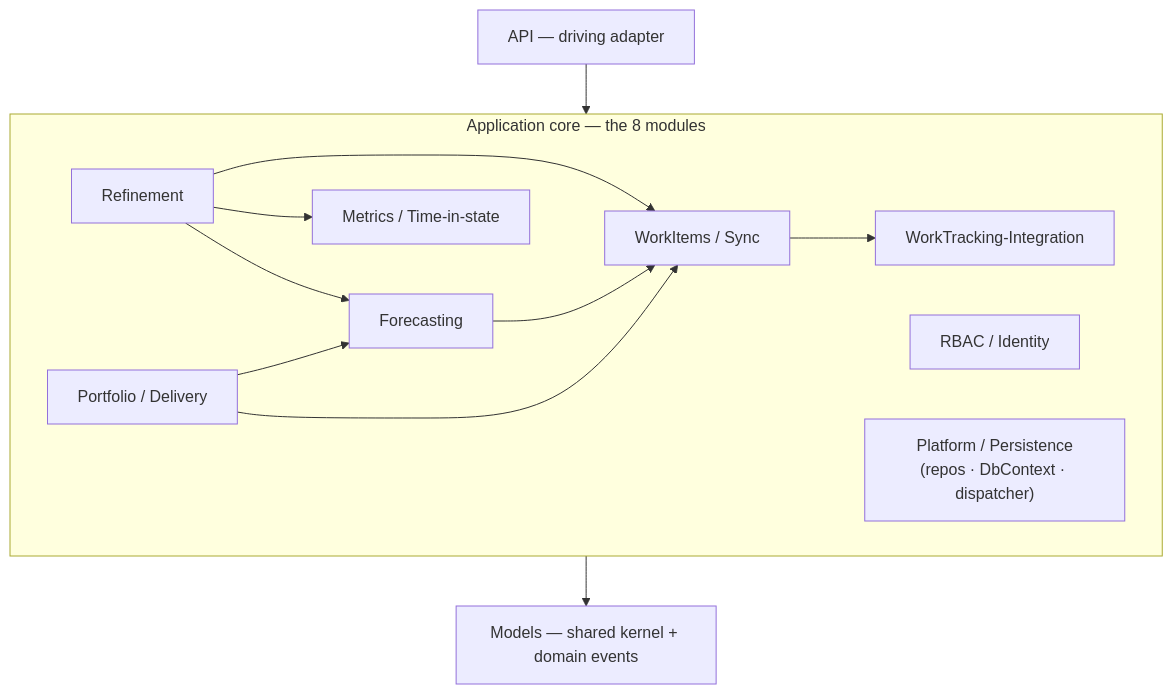
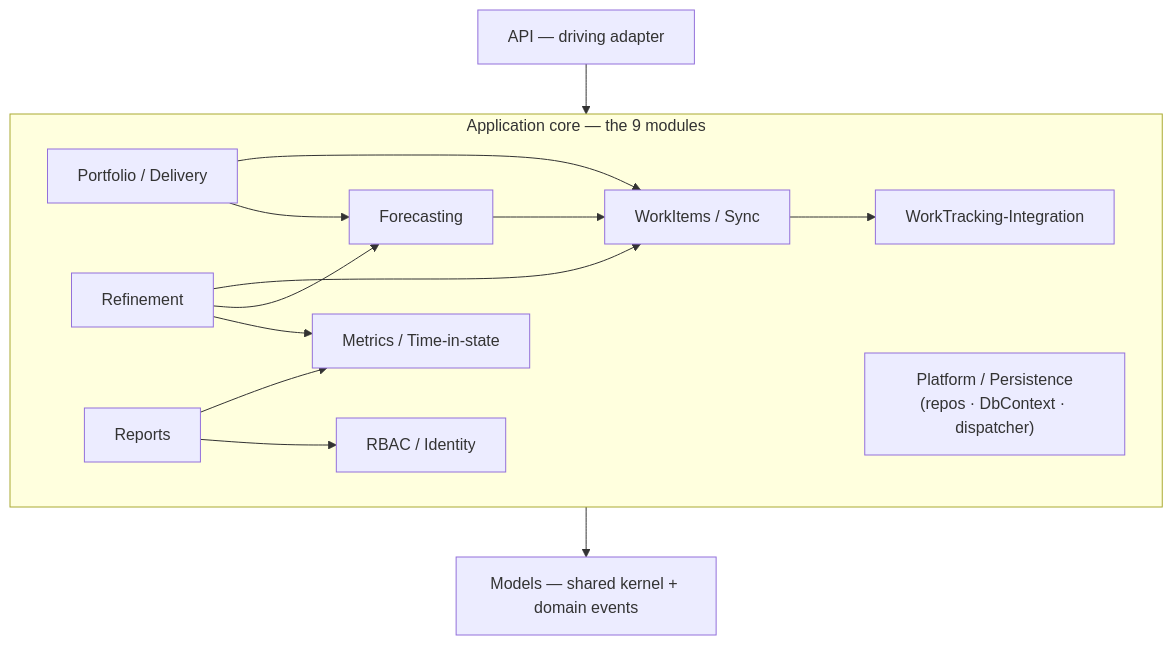
The second of 4 diagrams in ARCHITECTURE.md (LetPeopleWork/Lighthouse), drawn with Mermaid before and after one commit. The commit also changed other lines of this file and 28 other files, not shown here.

````diff
--- a/ARCHITECTURE.md
+++ b/ARCHITECTURE.md
@@ -93,24 +94,27 @@
 ```mermaid
 graph TD
   API["API — driving adapter"]
-  subgraph CORE["Application core — the 8 modules"]
+  subgraph CORE["Application core — the 9 modules"]
     WT["WorkTracking-Integration"]
     SYNC["WorkItems / Sync"]
     FC["Forecasting"]
     PD["Portfolio / Delivery"]
     MET["Metrics / Time-in-state"]
     RBAC["RBAC / Identity"]
     PLAT["Platform / Persistence<br/>(repos · DbContext · dispatcher)"]
     REF["Refinement"]
+    REP["Reports"]
   end
   KERNEL["Models — shared kernel + domain events"]
   API --> CORE
   CORE --> KERNEL
   SYNC --> WT
   PD --> SYNC
   PD --> FC
   FC --> SYNC
   REF --> SYNC
   REF --> FC
   REF --> MET
+  REP --> MET
+  REP --> RBAC
 ```
````
